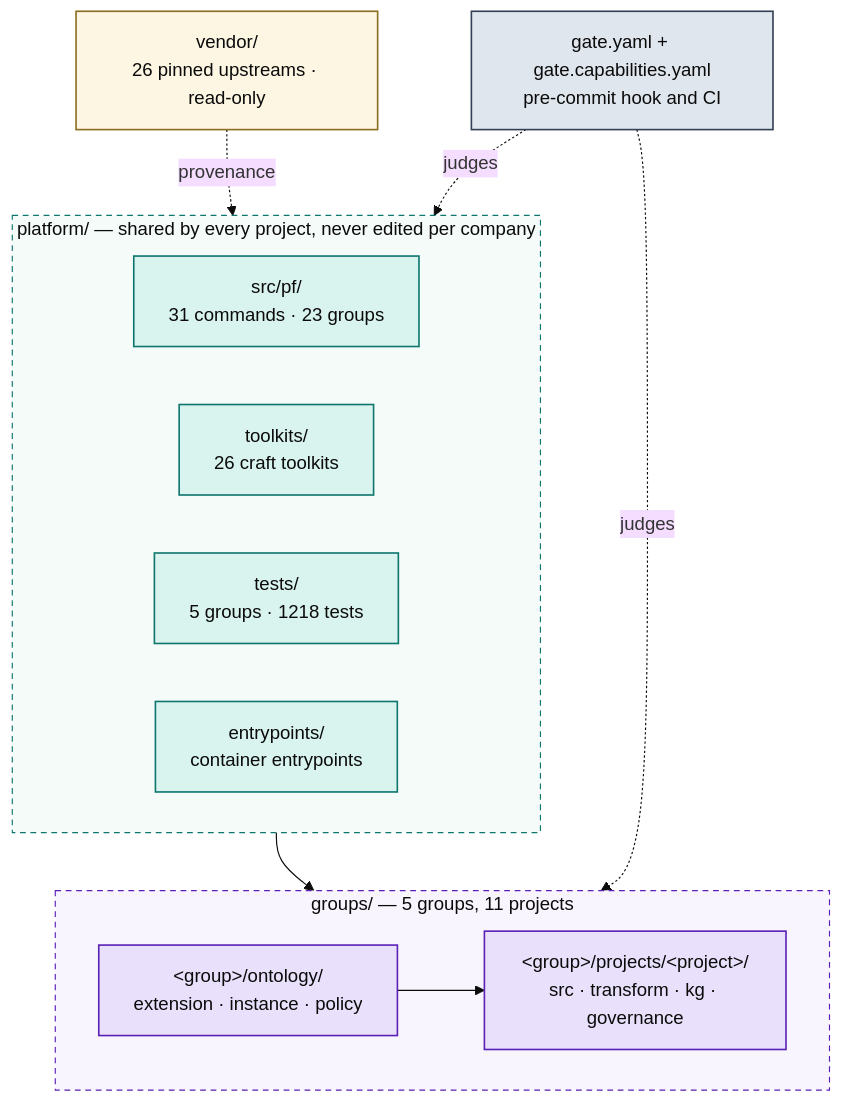
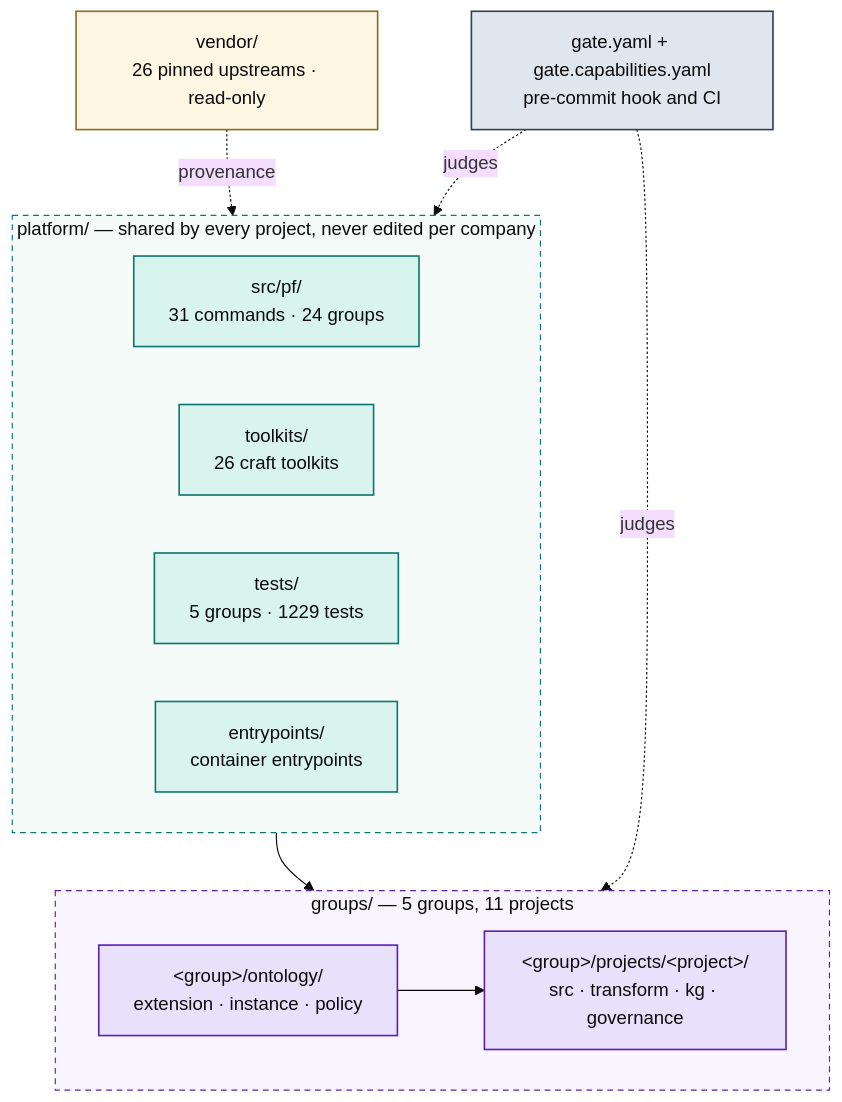
Before and after one commit to Atomz-org/data-platform: the first of 5 diagrams in docs/ARCHITECTURE.md, drawn with Mermaid (base theme). The commit also changed other lines of this file and 7 other files, not shown here.

````diff
--- a/docs/ARCHITECTURE.md
+++ b/docs/ARCHITECTURE.md
@@ -15,36 +15,36 @@
 ```mermaid
 flowchart TB
   subgraph SHARED["platform/ — shared by every project, never edited per company"]
     direction LR
-    ENG["src/pf/<br/>31 commands · 23 groups"]
+    ENG["src/pf/<br/>31 commands · 24 groups"]
     TK["toolkits/<br/>26 craft toolkits"]
-    TST["tests/<br/>5 groups · 1218 tests"]
+    TST["tests/<br/>5 groups · 1229 tests"]
     ENT["entrypoints/<br/>container entrypoints"]
   end
 
   subgraph ENTITIES["groups/ — 5 groups, 11 projects"]
     direction LR
     GRP["&lt;group&gt;/ontology/<br/>extension · instance · policy"]
     PRJ["&lt;group&gt;/projects/&lt;project&gt;/<br/>src · transform · kg · governance"]
     GRP --> PRJ
   end
 
   VEN["vendor/<br/>26 pinned upstreams · read-only"]
   GATE["gate.yaml + gate.capabilities.yaml<br/>pre-commit hook and CI"]
 
   SHARED --> ENTITIES
   VEN -.provenance.-> SHARED
   GATE -.judges.-> ENTITIES
   GATE -.judges.-> SHARED
 
   classDef code fill:#d9f4ee,stroke:#0f766e,stroke-width:1.4px,color:#0b0b0b
   classDef data fill:#e9e1fb,stroke:#5b21b6,stroke-width:1.4px,color:#0b0b0b
   classDef gov fill:#e0e6ed,stroke:#334155,stroke-width:1.4px,color:#0b0b0b
   classDef ext fill:#fdf6e3,stroke:#8a6d1f,stroke-width:1.4px,color:#0b0b0b
   class ENG,TK,TST,ENT code
   class GRP,PRJ data
   class GATE gov
   class VEN ext
   style SHARED fill:#f4fbf9,stroke:#0f766e,stroke-dasharray:5 4,color:#0b0b0b
   style ENTITIES fill:#f8f5fe,stroke:#5b21b6,stroke-dasharray:5 4,color:#0b0b0b
 ```
````
